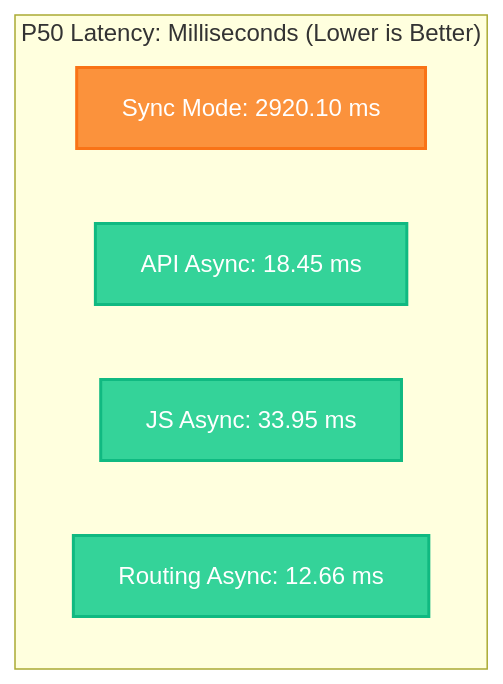
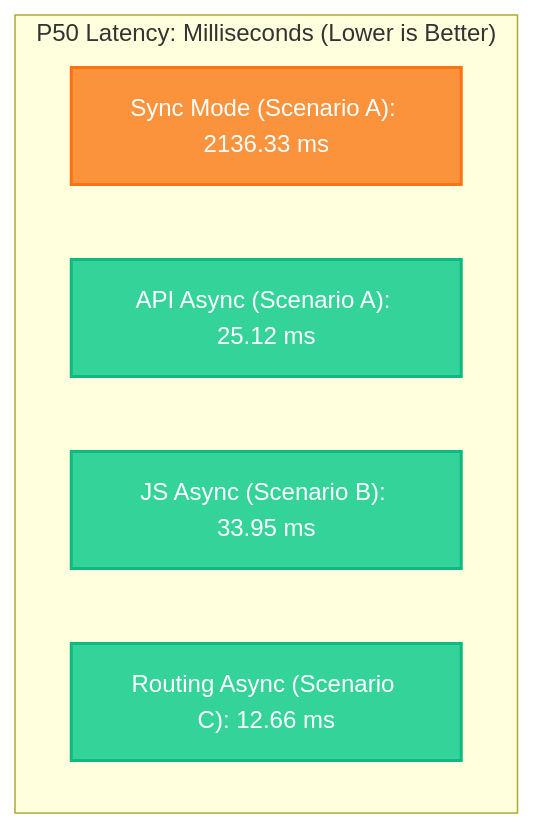
The second of 2 diagrams in README.md (hstptcn5/Goflow), drawn with Mermaid before and after one commit. The commit also changed other lines of this file, not shown here.

````diff
--- a/README.md
+++ b/README.md
@@ -93,13 +93,13 @@
 ```mermaid
 graph TD
     classDef fast fill:#34d399,stroke:#10b981,stroke-width:2px,color:#fff;
     classDef slow fill:#fb923c,stroke:#f97316,stroke-width:2px,color:#fff;
 
     subgraph Latency Comparison ["P50 Latency: Milliseconds (Lower is Better)"]
         direction LR
-        SyncL["Sync Mode: 2920.10 ms"]:::slow
-        AsyncAL["API Async: 18.45 ms"]:::fast
-        AsyncBL["JS Async: 33.95 ms"]:::fast
-        AsyncCL["Routing Async: 12.66 ms"]:::fast
+        SyncL["Sync Mode (Scenario A): 2136.33 ms"]:::slow
+        AsyncAL["API Async (Scenario A): 25.12 ms"]:::fast
+        AsyncBL["JS Async (Scenario B): 33.95 ms"]:::fast
+        AsyncCL["Routing Async (Scenario C): 12.66 ms"]:::fast
     end
 ```
````
